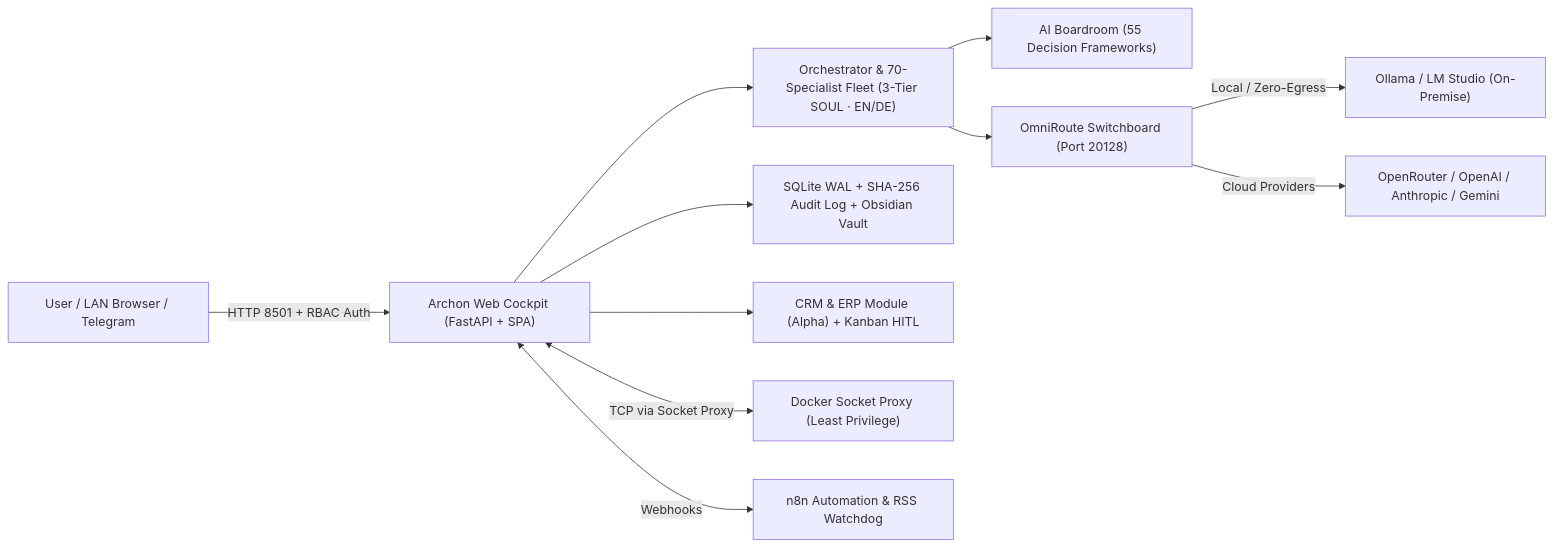
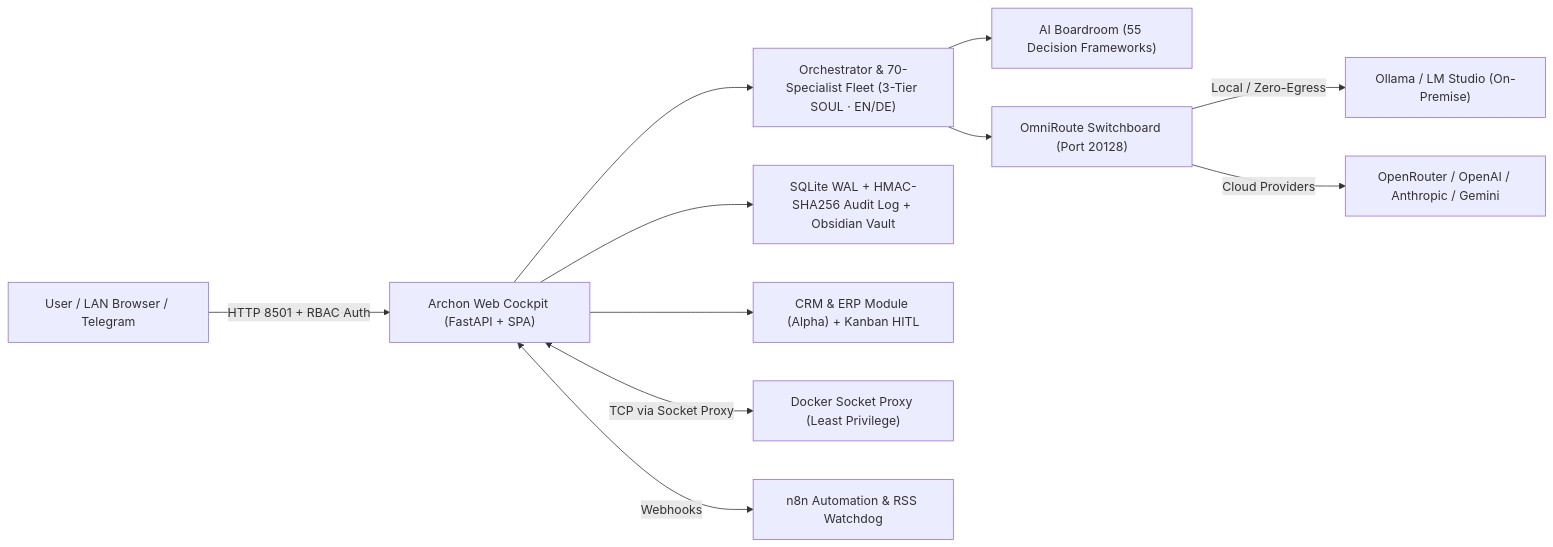
Before and after one commit to michaelbeatman/ARCHON-OS: the diagram in README.md, drawn with Mermaid. The commit also changed other lines of this file and 120 other files, not shown here.

````diff
--- a/README.md
+++ b/README.md
@@ -174,13 +174,13 @@
 ```mermaid
 flowchart LR
     U["User / LAN Browser / Telegram"] -->|HTTP 8501 + RBAC Auth| UI["Archon Web Cockpit (FastAPI + SPA)"]
     UI --> OR["Orchestrator & 70-Specialist Fleet (3-Tier SOUL · EN/DE)"]
     OR --> BR["AI Boardroom (55 Decision Frameworks)"]
     OR --> OM["OmniRoute Switchboard (Port 20128)"]
     OM -->|Local / Zero-Egress| LOC["Ollama / LM Studio (On-Premise)"]
     OM -->|Cloud Providers| CLD["OpenRouter / OpenAI / Anthropic / Gemini"]
-    UI --> DB["SQLite WAL + SHA-256 Audit Log + Obsidian Vault"]
+    UI --> DB["SQLite WAL + HMAC-SHA256 Audit Log + Obsidian Vault"]
     UI --> ERP["CRM & ERP Module (Alpha) + Kanban HITL"]
     UI <-->|TCP via Socket Proxy| DOC["Docker Socket Proxy (Least Privilege)"]
     UI <-->|Webhooks| N8N["n8n Automation & RSS Watchdog"]
 ```
````
